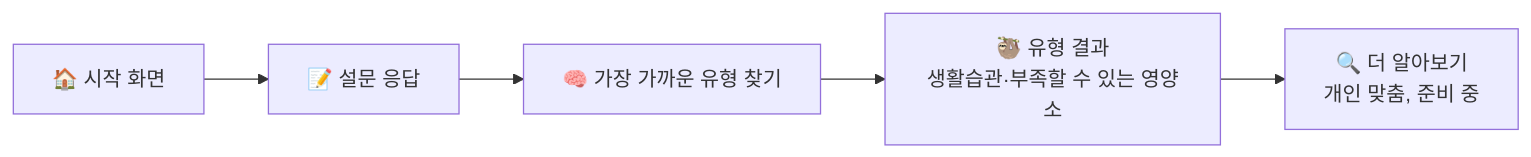
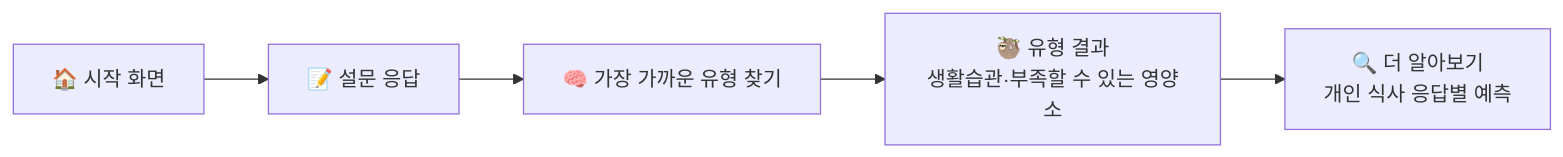
The second of 2 diagrams in README.md (BigskyYang/Matchum), drawn with Mermaid before and after one commit. The commit also changed other lines of this file and 36 other files, not shown here.

````diff
--- a/README.md
+++ b/README.md
@@ -43,4 +43,4 @@
 ```mermaid
 flowchart LR
-    A[🏠 시작 화면] --> B[📝 설문 응답] --> C[🧠 가장 가까운 유형 찾기] --> D[🦥 유형 결과<br>생활습관·부족할 수 있는 영양소] --> E[🔍 더 알아보기<br>개인 맞춤, 준비 중]
+    A[🏠 시작 화면] --> B[📝 설문 응답] --> C[🧠 가장 가까운 유형 찾기] --> D[🦥 유형 결과<br>생활습관·부족할 수 있는 영양소] --> E[🔍 더 알아보기<br>개인 식사 응답별 예측]
 ```
````
